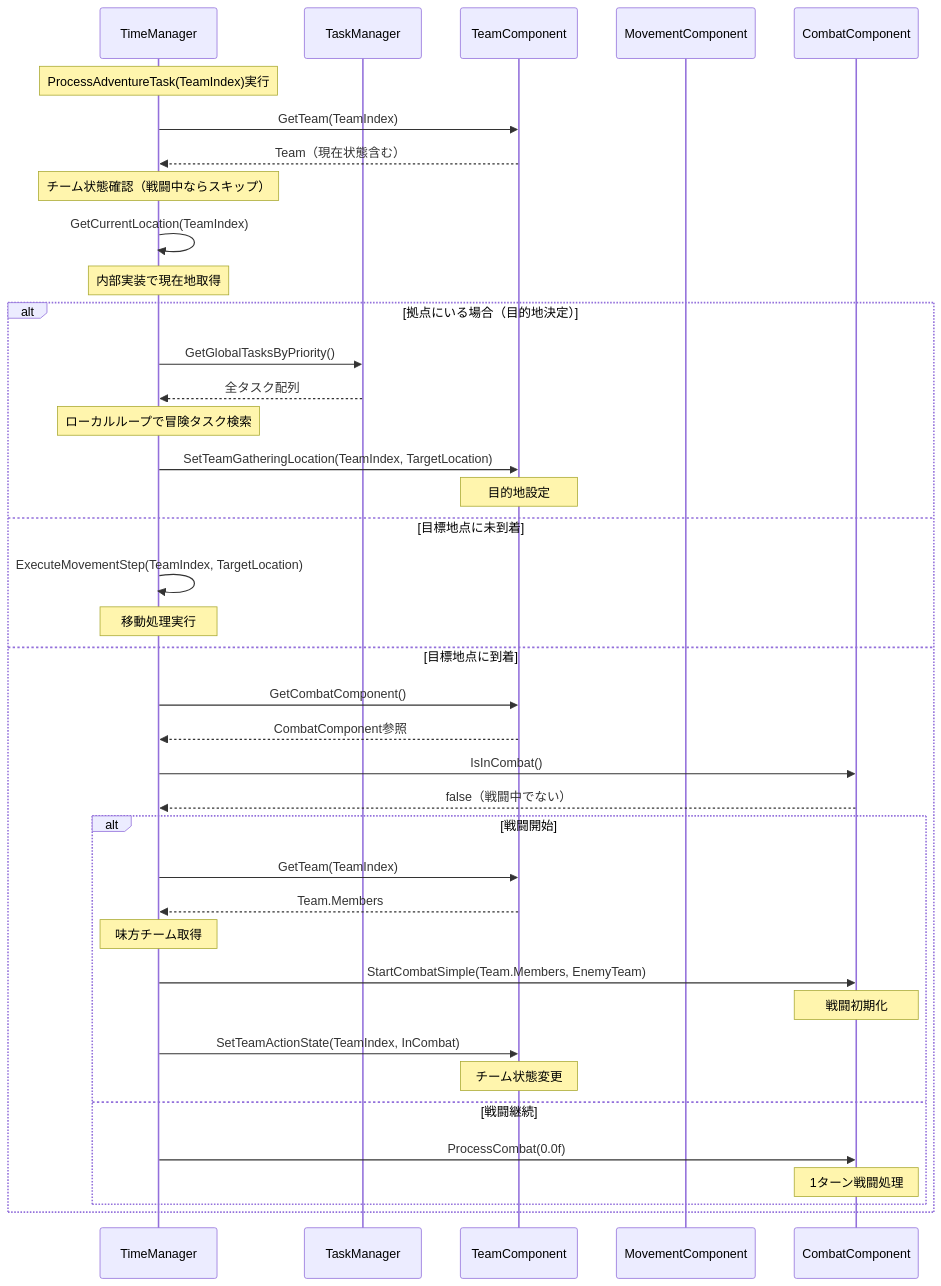
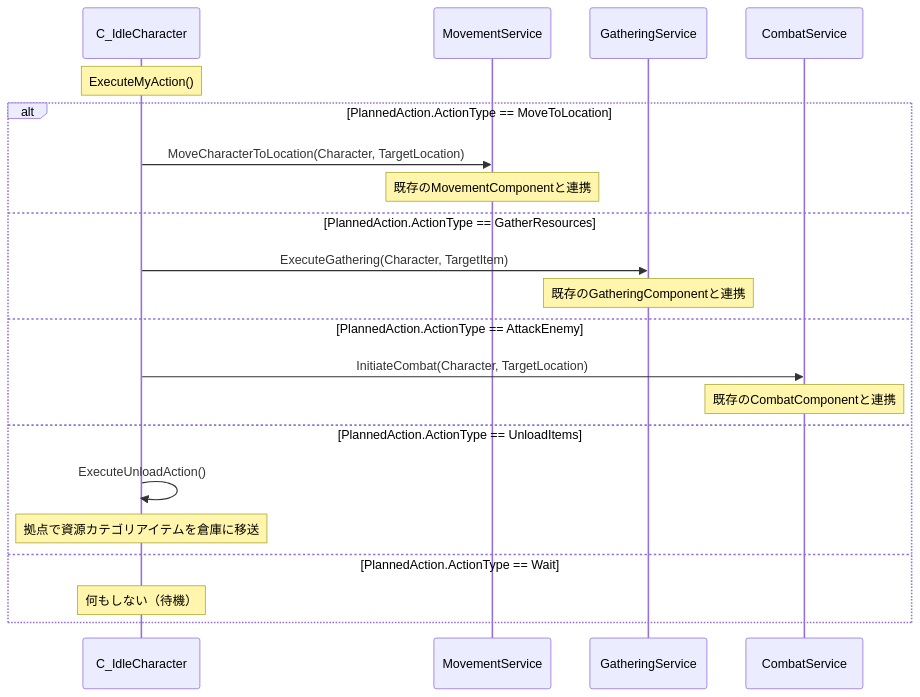
Before and after one commit to earlgreystudio/UE_IdleWSL: the third of 6 diagrams in docs/specifications/tasks/タスクフロー図.md, drawn with Mermaid. The commit also changed other lines of this file and 88 other files, not shown here.

````diff
--- a/docs/specifications/tasks/タスクフロー図.md
+++ b/docs/specifications/tasks/タスクフロー図.md
@@ -83,49 +95,29 @@
 ```mermaid
 sequenceDiagram
-    participant TM as TimeManager
-    participant TaskMgr as TaskManager
-    participant TC as TeamComponent
-    participant MC as MovementComponent
-    participant CC as CombatComponent
+    participant Char as C_IdleCharacter
+    participant MS as MovementService
+    participant GS as GatheringService
+    participant CS as CombatService
     
-    Note over TM: ProcessAdventureTask(TeamIndex)実行
-    TM->>TC: GetTeam(TeamIndex)
-    TC-->>TM: Team（現在状態含む）
-    Note over TM: チーム状態確認（戦闘中ならスキップ）
+    Note over Char: ExecuteMyAction()
     
-    TM->>TM: GetCurrentLocation(TeamIndex)
-    Note over TM: 内部実装で現在地取得
-    
-    alt 拠点にいる場合（目的地決定）
-        TM->>TaskMgr: GetGlobalTasksByPriority()
-        TaskMgr-->>TM: 全タスク配列
-        Note over TM: ローカルループで冒険タスク検索
-        TM->>TC: SetTeamGatheringLocation(TeamIndex, TargetLocation)
-        Note over TC: 目的地設定
+    alt PlannedAction.ActionType == MoveToLocation
+        Char->>MS: MoveCharacterToLocation(Character, TargetLocation)
+        Note over MS: 既存のMovementComponentと連携
         
-    else 目標地点に未到着
-        TM->>TM: ExecuteMovementStep(TeamIndex, TargetLocation)
-        Note over TM: 移動処理実行
+    else PlannedAction.ActionType == GatherResources
+        Char->>GS: ExecuteGathering(Character, TargetItem)
+        Note over GS: 既存のGatheringComponentと連携
         
-    else 目標地点に到着
-        TM->>TC: GetCombatComponent()
-        TC-->>TM: CombatComponent参照
-        TM->>CC: IsInCombat()
-        CC-->>TM: false（戦闘中でない）
+    else PlannedAction.ActionType == AttackEnemy
+        Char->>CS: InitiateCombat(Character, TargetLocation)
+        Note over CS: 既存のCombatComponentと連携
         
-        alt 戦闘開始
-            TM->>TC: GetTeam(TeamIndex)
-            TC-->>TM: Team.Members
-            Note over TM: 味方チーム取得
-            
-            TM->>CC: StartCombatSimple(Team.Members, EnemyTeam)
-            Note over CC: 戦闘初期化
-            TM->>TC: SetTeamActionState(TeamIndex, InCombat)
-            Note over TC: チーム状態変更
-            
-        else 戦闘継続
-            TM->>CC: ProcessCombat(0.0f)
-            Note over CC: 1ターン戦闘処理
-        end
+    else PlannedAction.ActionType == UnloadItems
+        Char->>Char: ExecuteUnloadAction()
+        Note over Char: 拠点で資源カテゴリアイテムを倉庫に移送
+        
+    else PlannedAction.ActionType == Wait
+        Note over Char: 何もしない（待機）
     end
 ```
````
